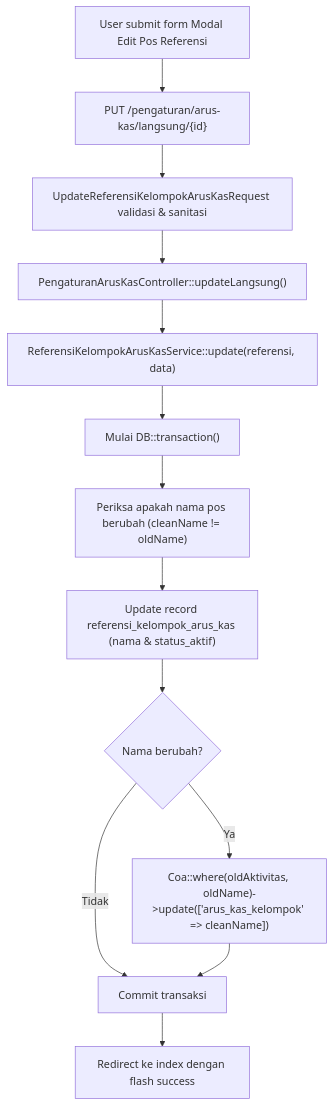
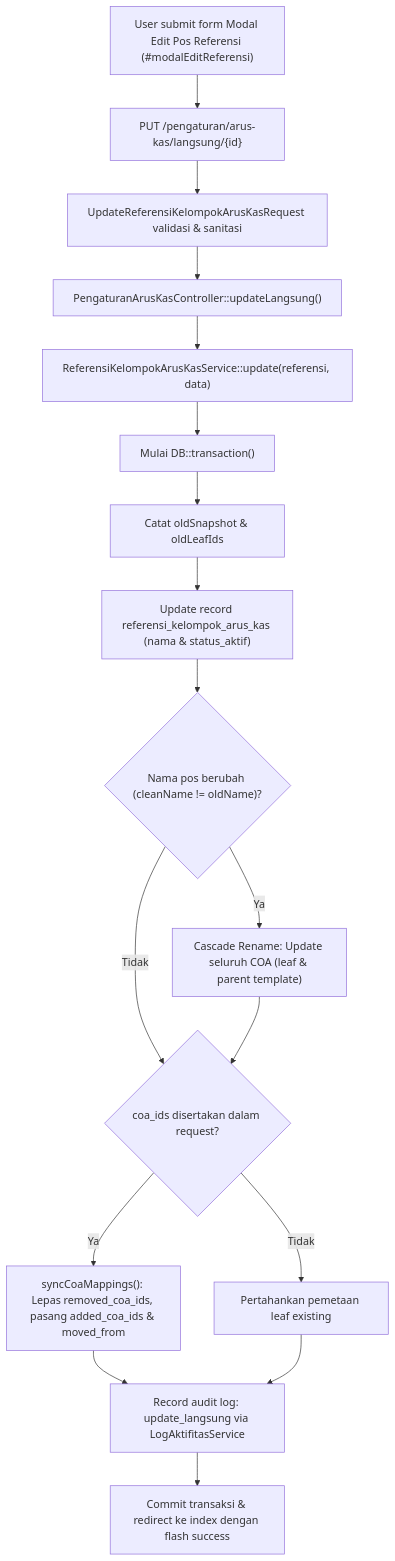
The fourth of 10 diagrams in dokumentasi/pengaturan-arus-kas.md (AltamaSidoarjo/laravel-siakurat-pt-smt), drawn with Mermaid before and after one commit. The commit also changed other lines of this file and 1 other file, not shown here.

Commit message:
docs(arus-kas): document Stage 2 direct COA mapping and cash counterpart scanner

````diff
--- a/dokumentasi/pengaturan-arus-kas.md
+++ b/dokumentasi/pengaturan-arus-kas.md
@@ -236,15 +349,19 @@
 ```mermaid
 flowchart TD
-    A["User submit form Modal Edit Pos Referensi"] --> B["PUT /pengaturan/arus-kas/langsung/{id}"]
+    A["User submit form Modal Edit Pos Referensi (#modalEditReferensi)"] --> B["PUT /pengaturan/arus-kas/langsung/{id}"]
     B --> C["UpdateReferensiKelompokArusKasRequest validasi & sanitasi"]
     C --> D["PengaturanArusKasController::updateLangsung()"]
     D --> E["ReferensiKelompokArusKasService::update(referensi, data)"]
     E --> F["Mulai DB::transaction()"]
-    F --> G["Periksa apakah nama pos berubah (cleanName != oldName)"]
+    F --> G["Catat oldSnapshot & oldLeafIds"]
     G --> H["Update record referensi_kelompok_arus_kas (nama & status_aktif)"]
-    H --> I{"Nama berubah?"}
-    I -- Ya --> J["Coa::where(oldAktivitas, oldName)->update(['arus_kas_kelompok' => cleanName])"]
-    I -- Tidak --> K["Commit transaksi"]
+    H --> I{"Nama pos berubah (cleanName != oldName)?"}
+    I -- Ya --> J["Cascade Rename: Update seluruh COA (leaf & parent template)"]
+    I -- Tidak --> K{"coa_ids disertakan dalam request?"}
     J --> K
-    K --> L["Redirect ke index dengan flash success"]
+    K -- Ya --> L["syncCoaMappings(): Lepas removed_coa_ids, pasang added_coa_ids & moved_from"]
+    K -- Tidak --> M["Pertahankan pemetaan leaf existing"]
+    L --> N["Record audit log: update_langsung via LogAktifitasService"]
+    M --> N
+    N --> O["Commit transaksi & redirect ke index dengan flash success"]
 ```
````
